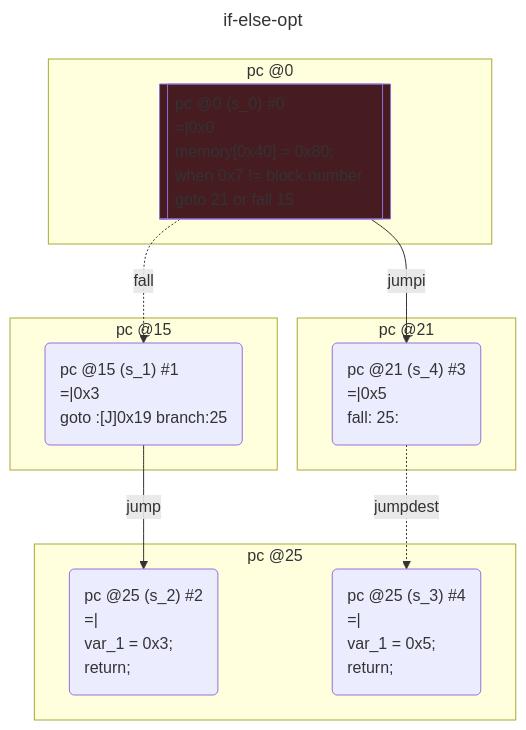
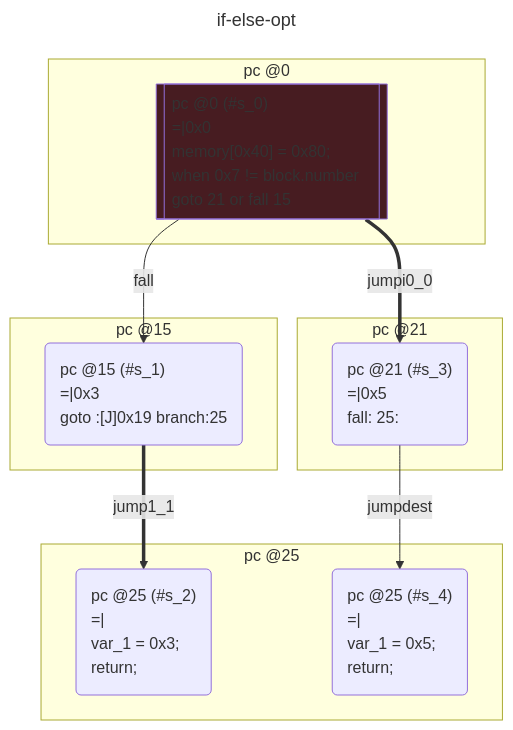
One commit to acuarica/evm changed the second of 2 diagrams in test/__snapshots__/contracts/control/if-else.snap.md. Above: the diagram before and after it, drawn with Mermaid. The commit also changed other lines of this file and 25 other files, not shown here.

````diff
--- a/test/__snapshots__/contracts/control/if-else.snap.md
+++ b/test/__snapshots__/contracts/control/if-else.snap.md
@@ -139,49 +139,49 @@
 ```mermaid -opt
 ---
 title: if-else-opt
 ---
 flowchart TD
   classDef state text-align:left
   subgraph cluster_0 ["pc @0"]
-    s_0[["pc @0 (s_0) #0
+    s_0[["pc @0 (#s_0)
 =|0x0
 memory[0x40] = 0x80;
 when 0x7 != block.number goto 21 or fall 15
 "]]
     class s_0 state
     style s_0 fill:#471C21
   end
   subgraph cluster_15 ["pc @15"]
-    s_1("pc @15 (s_1) #1
+    s_1("pc @15 (#s_1)
 =|0x3
 goto :[J]0x19 branch:25
 ")
     class s_1 state
   end
   subgraph cluster_25 ["pc @25"]
-    s_2("pc @25 (s_2) #2
+    s_2("pc @25 (#s_2)
 =|
 var_1 = 0x3;
 return;
 ")
     class s_2 state
-    s_3("pc @25 (s_3) #4
+    s_4("pc @25 (#s_4)
 =|
 var_1 = 0x5;
 return;
 ")
-    class s_3 state
+    class s_4 state
   end
   subgraph cluster_21 ["pc @21"]
-    s_4("pc @21 (s_4) #3
+    s_3("pc @21 (#s_3)
 =|0x5
 fall: 25:
 ")
-    class s_4 state
+    class s_3 state
   end
-  s_0 -- jumpi --> s_4;
-  s_0 -. fall .-> s_1;
-  s_1 -- jump --> s_2;
-  s_4 -. jumpdest .-> s_3;
+  s_0 == jumpi0_0 ==> s_3;
+  s_0 -- fall --> s_1;
+  s_1 == jump1_1 ==> s_2;
+  s_3 -- jumpdest --> s_4;
 
 ```
````
